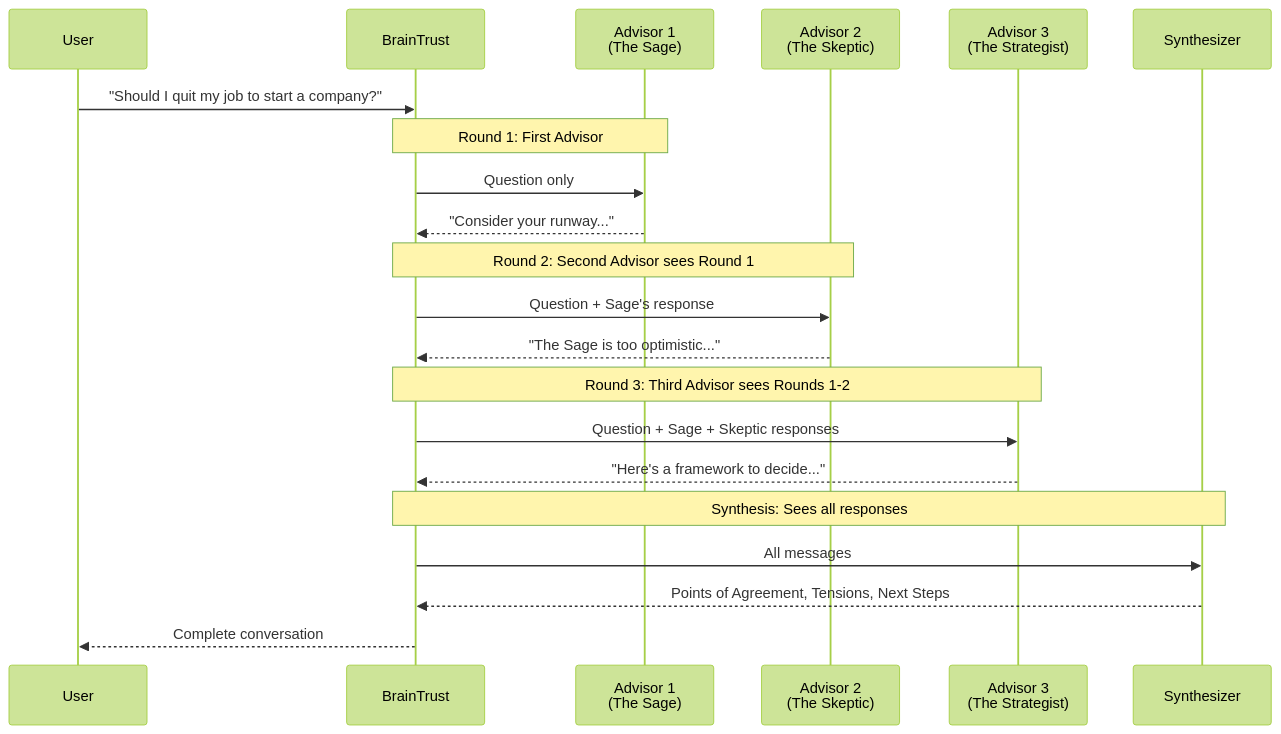
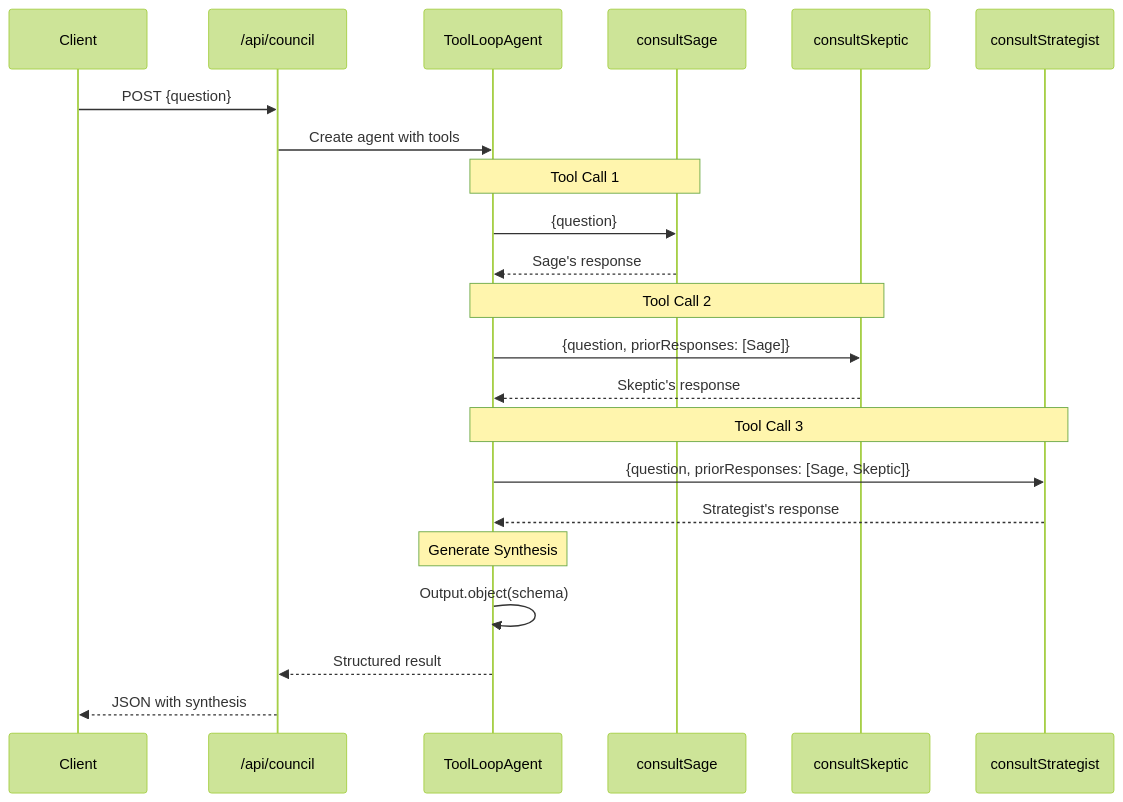
The second of 4 diagrams in docs/brain-trust.md (danlourenco/ai-council), drawn with Mermaid (forest theme) before and after one commit. The commit also changed other lines of this file and 5 other files, not shown here.

````diff
--- a/docs/brain-trust.md
+++ b/docs/brain-trust.md
@@ -38,29 +40,29 @@
 ```mermaid
 sequenceDiagram
-    participant U as User
-    participant BT as BrainTrust
-    participant A1 as Advisor 1<br/>(The Sage)
-    participant A2 as Advisor 2<br/>(The Skeptic)
-    participant A3 as Advisor 3<br/>(The Strategist)
-    participant S as Synthesizer
+    participant C as Client
+    participant E as /api/council
+    participant A as ToolLoopAgent
+    participant S1 as consultSage
+    participant S2 as consultSkeptic
+    participant S3 as consultStrategist
 
-    U->>BT: "Should I quit my job to start a company?"
+    C->>E: POST {question}
+    E->>A: Create agent with tools
 
-    Note over BT,A1: Round 1: First Advisor
-    BT->>A1: Question only
-    A1-->>BT: "Consider your runway..."
+    Note over A,S1: Tool Call 1
+    A->>S1: {question}
+    S1-->>A: Sage's response
 
-    Note over BT,A2: Round 2: Second Advisor sees Round 1
-    BT->>A2: Question + Sage's response
-    A2-->>BT: "The Sage is too optimistic..."
+    Note over A,S2: Tool Call 2
+    A->>S2: {question, priorResponses: [Sage]}
+    S2-->>A: Skeptic's response
 
-    Note over BT,A3: Round 3: Third Advisor sees Rounds 1-2
-    BT->>A3: Question + Sage + Skeptic responses
-    A3-->>BT: "Here's a framework to decide..."
+    Note over A,S3: Tool Call 3
+    A->>S3: {question, priorResponses: [Sage, Skeptic]}
+    S3-->>A: Strategist's response
 
-    Note over BT,S: Synthesis: Sees all responses
-    BT->>S: All messages
-    S-->>BT: Points of Agreement, Tensions, Next Steps
-
-    BT-->>U: Complete conversation
+    Note over A: Generate Synthesis
+    A->>A: Output.object(schema)
+    A-->>E: Structured result
+    E-->>C: JSON with synthesis
 ```
````
